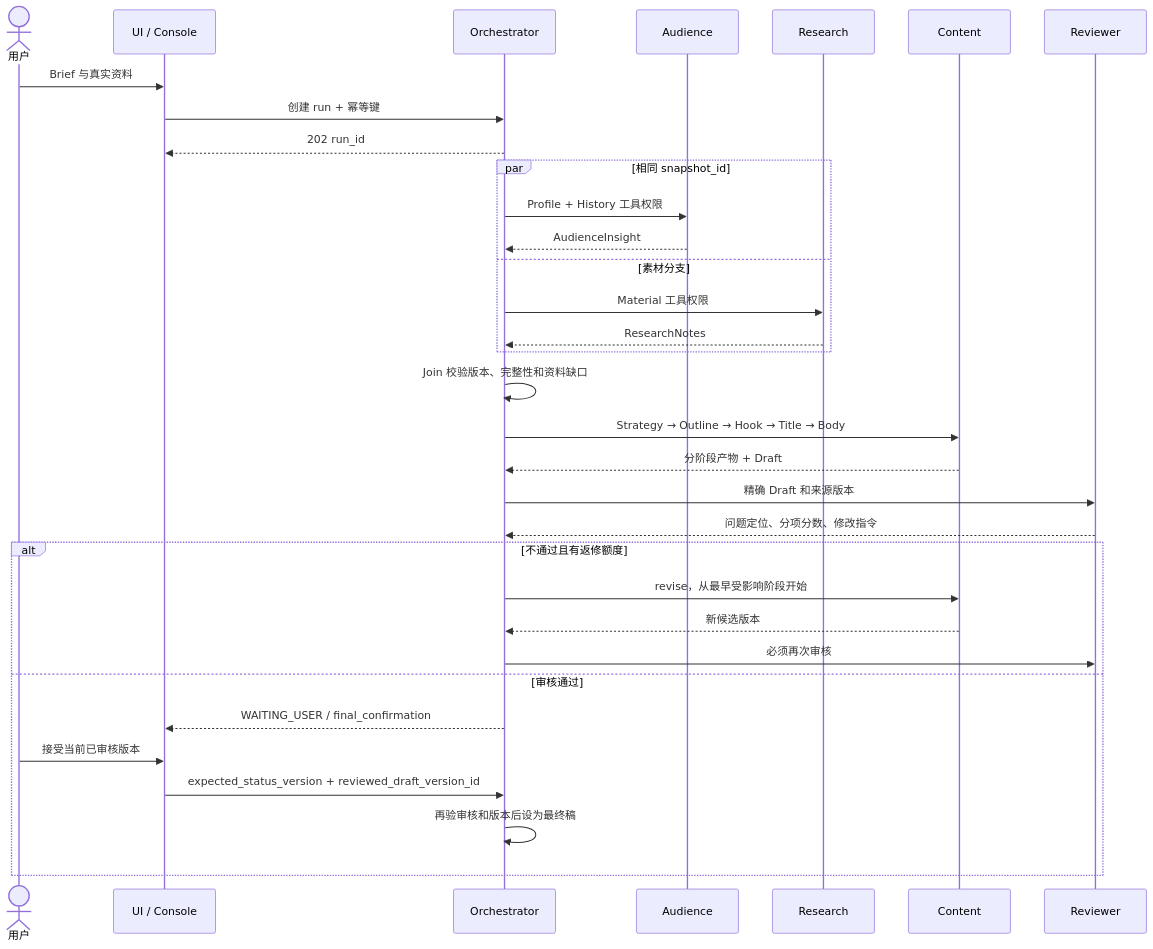
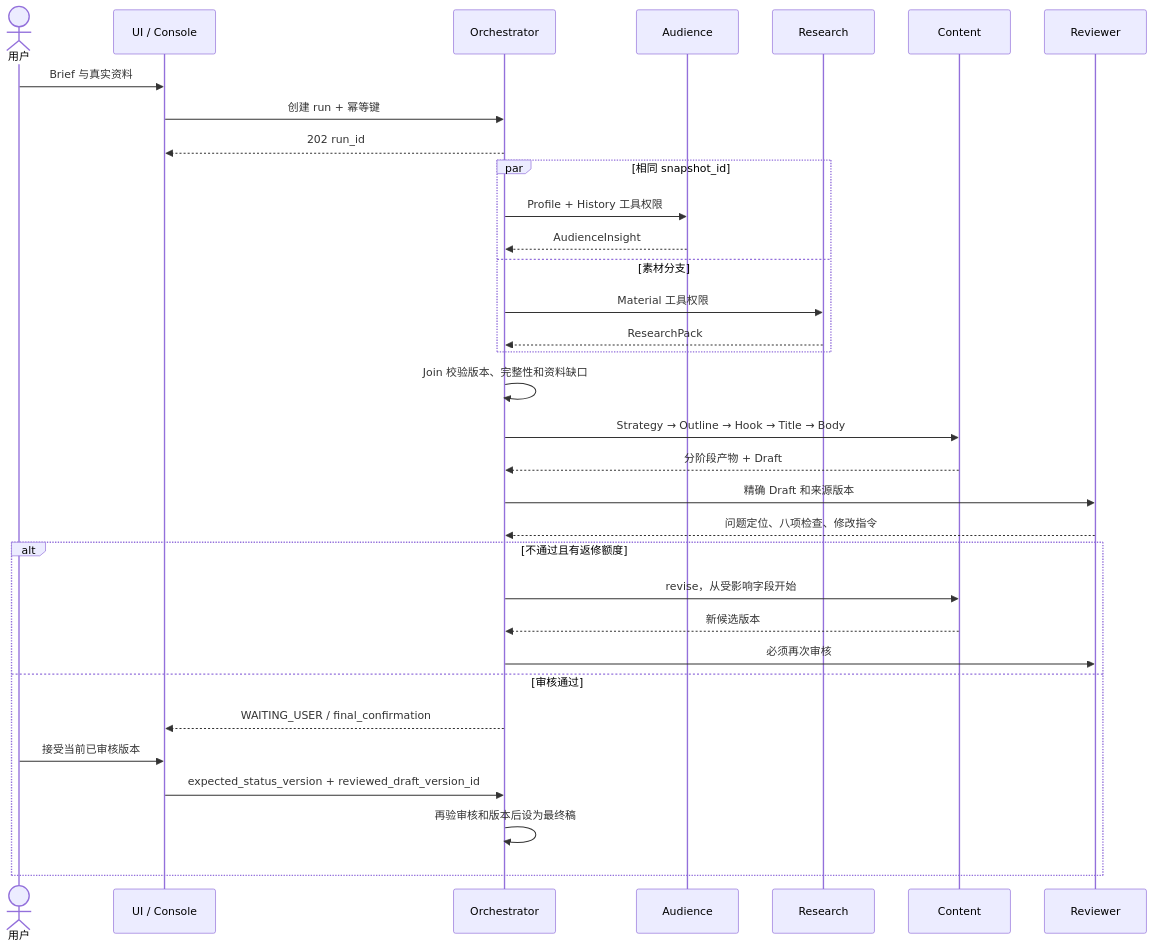
One commit to xinruilan612/RED changed the diagram in docs/design/FLOWS.md. Above: the diagram before and after it, drawn with Mermaid. The commit also changed other lines of this file and 27 other files, not shown here.

````diff
--- a/docs/design/FLOWS.md
+++ b/docs/design/FLOWS.md
@@ -44,35 +44,35 @@
 ```mermaid
 sequenceDiagram
     actor U as 用户
     participant UI as UI / Console
     participant O as Orchestrator
     participant A as Audience
     participant R as Research
     participant C as Content
     participant V as Reviewer
     U->>UI: Brief 与真实资料
     UI->>O: 创建 run + 幂等键
     O-->>UI: 202 run_id
     par 相同 snapshot_id
         O->>A: Profile + History 工具权限
         A-->>O: AudienceInsight
     and 素材分支
         O->>R: Material 工具权限
-        R-->>O: ResearchNotes
+        R-->>O: ResearchPack
     end
     O->>O: Join 校验版本、完整性和资料缺口
     O->>C: Strategy → Outline → Hook → Title → Body
     C-->>O: 分阶段产物 + Draft
     O->>V: 精确 Draft 和来源版本
-    V-->>O: 问题定位、分项分数、修改指令
+    V-->>O: 问题定位、八项检查、修改指令
     alt 不通过且有返修额度
-        O->>C: revise，从最早受影响阶段开始
+        O->>C: revise，从受影响字段开始
         C-->>O: 新候选版本
         O->>V: 必须再次审核
     else 审核通过
         O-->>UI: WAITING_USER / final_confirmation
         U->>UI: 接受当前已审核版本
         UI->>O: expected_status_version + reviewed_draft_version_id
         O->>O: 再验审核和版本后设为最终稿
     end
 ```
````
